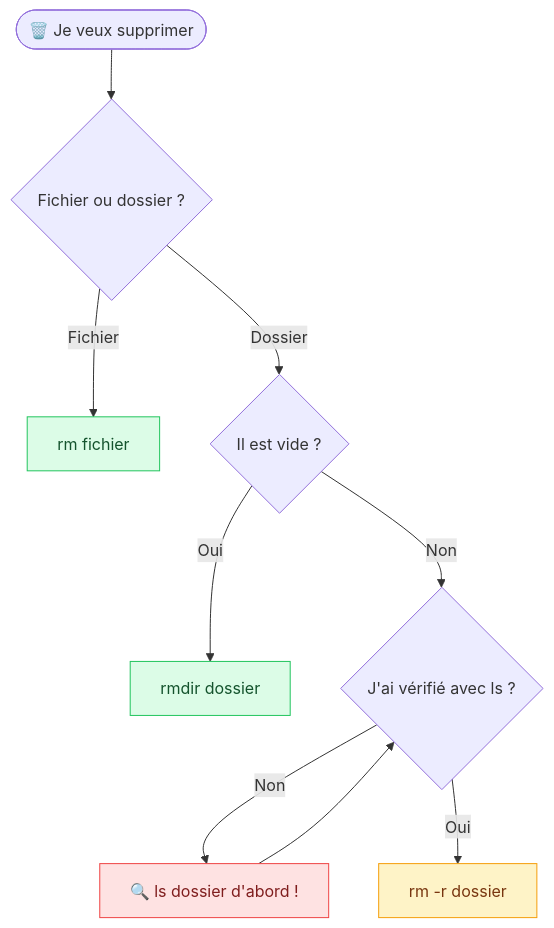
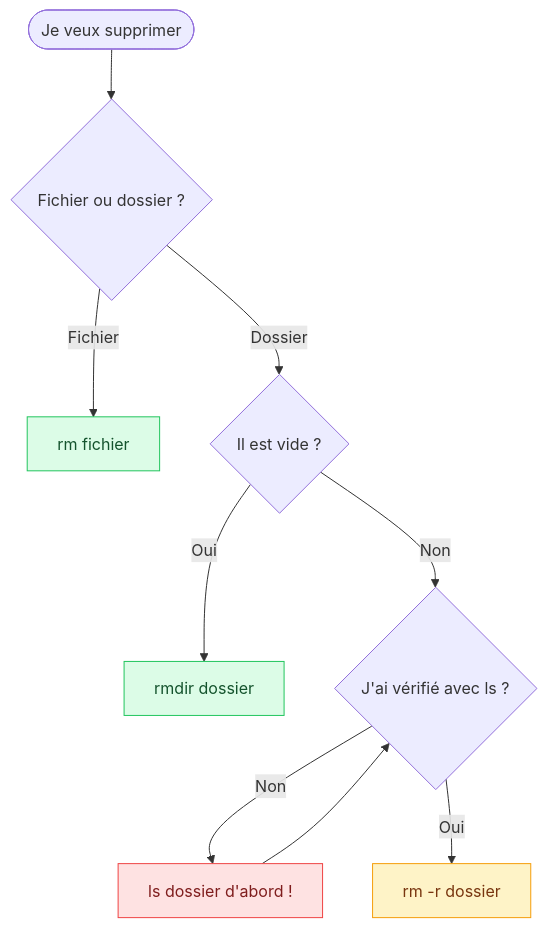
The third of 3 diagrams in methodologie-securite-it/linux/03-navigation-fichiers.md (GoobyWoobies/HEIA-IT), drawn with Mermaid before and after one commit. The commit also changed other lines of this file and 24 other files, not shown here.

````diff
--- a/methodologie-securite-it/linux/03-navigation-fichiers.md
+++ b/methodologie-securite-it/linux/03-navigation-fichiers.md
@@ -270,16 +270,16 @@
 ```mermaid
 flowchart TD
-    S(["🗑️ Je veux supprimer"]) --> Q1{"Fichier ou dossier ?"}
+    S(["Je veux supprimer"]) --> Q1{"Fichier ou dossier ?"}
     Q1 -->|Fichier| F["rm fichier"]
     Q1 -->|Dossier| Q2{"Il est vide ?"}
     Q2 -->|Oui| V["rmdir dossier"]
     Q2 -->|Non| Q3{"J'ai vérifié avec ls ?"}
-    Q3 -->|Non| L["🔍 ls dossier d'abord !"]
+    Q3 -->|Non| L["ls dossier d'abord !"]
     L --> Q3
     Q3 -->|Oui| R["rm -r dossier"]
 
     style F fill:#dcfce7,stroke:#22c55e,color:#14532d
     style V fill:#dcfce7,stroke:#22c55e,color:#14532d
     style R fill:#fef3c7,stroke:#f59e0b,color:#78350f
     style L fill:#fee2e2,stroke:#ef4444,color:#7f1d1d
 ```
````
